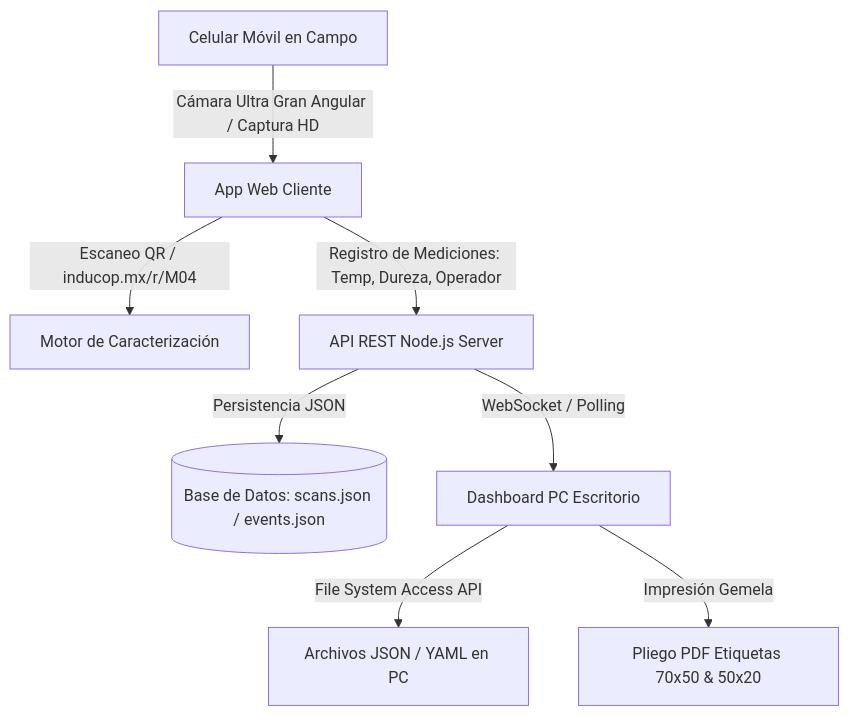
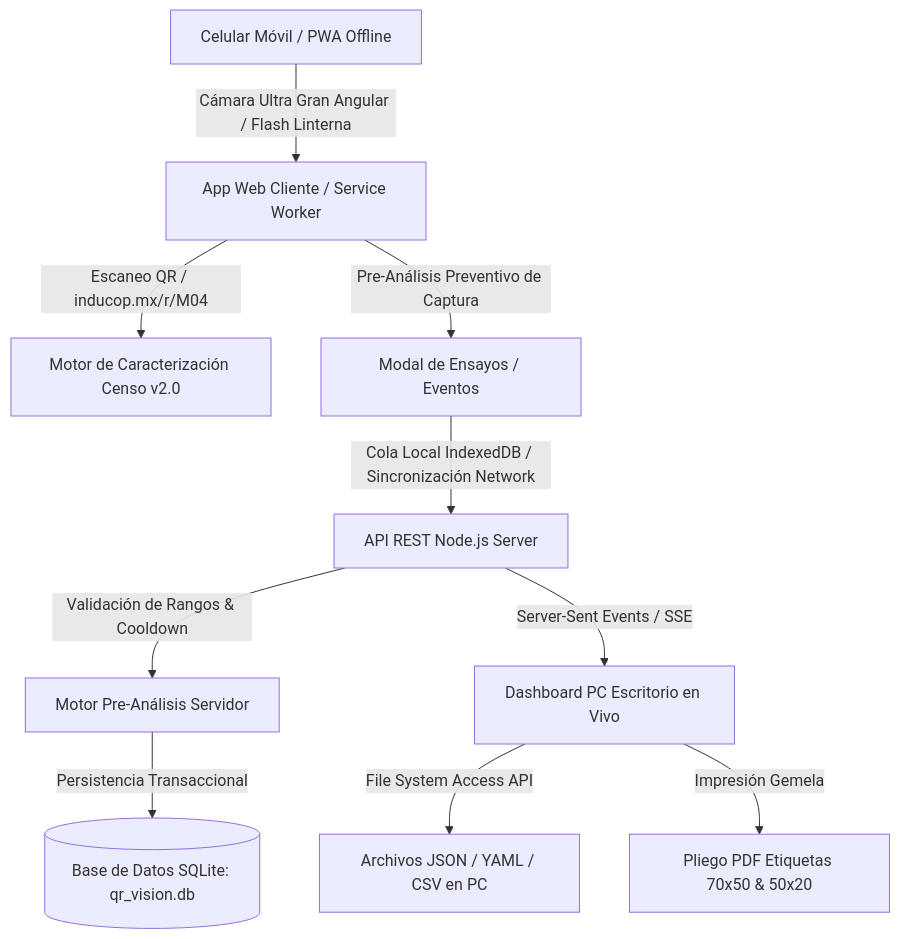
The diagram in REPORTE_PROYECTO_QR_VISION_PRO.md (Entheos69/qr-reader-app), drawn with Mermaid before and after one commit. The commit also changed other lines of this file, not shown here.

Commit message:
docs: actualizar reporte del proyecto con Fase 4 (Pre-Análisis de Adquisición, PWA Offline & SQLite)

````diff
--- a/REPORTE_PROYECTO_QR_VISION_PRO.md
+++ b/REPORTE_PROYECTO_QR_VISION_PRO.md
@@ -21,10 +27,12 @@
 ```mermaid
 graph TD
-    A[Celular Móvil en Campo] -->|Cámara Ultra Gran Angular / Captura HD| B[App Web Cliente]
-    B -->|Escaneo QR / inducop.mx/r/M04| C[Motor de Caracterización]
-    B -->|Registro de Mediciones: Temp, Dureza, Operador| D[API REST Node.js Server]
-    D -->|Persistencia JSON| E[(Base de Datos: scans.json / events.json)]
-    D -->|WebSocket / Polling| F[Dashboard PC Escritorio]
-    F -->|File System Access API| G[Archivos JSON / YAML en PC]
-    F -->|Impresión Gemela| H[Pliego PDF Etiquetas 70x50 & 50x20]
+    A[Celular Móvil / PWA Offline] -->|Cámara Ultra Gran Angular / Flash Linterna| B[App Web Cliente / Service Worker]
+    B -->|Escaneo QR / inducop.mx/r/M04| C[Motor de Caracterización Censo v2.0]
+    B -->|Pre-Análisis Preventivo de Captura| D[Modal de Ensayos / Eventos]
+    D -->|Cola Local IndexedDB / Sincronización Network| E[API REST Node.js Server]
+    E -->|Validación de Rangos & Cooldown| F[Motor Pre-Análisis Servidor]
+    F -->|Persistencia Transaccional| G[(Base de Datos SQLite: qr_vision.db)]
+    E -->|Server-Sent Events / SSE| H[Dashboard PC Escritorio en Vivo]
+    H -->|File System Access API| I[Archivos JSON / YAML / CSV en PC]
+    H -->|Impresión Gemela| J[Pliego PDF Etiquetas 70x50 & 50x20]
 ```
````
